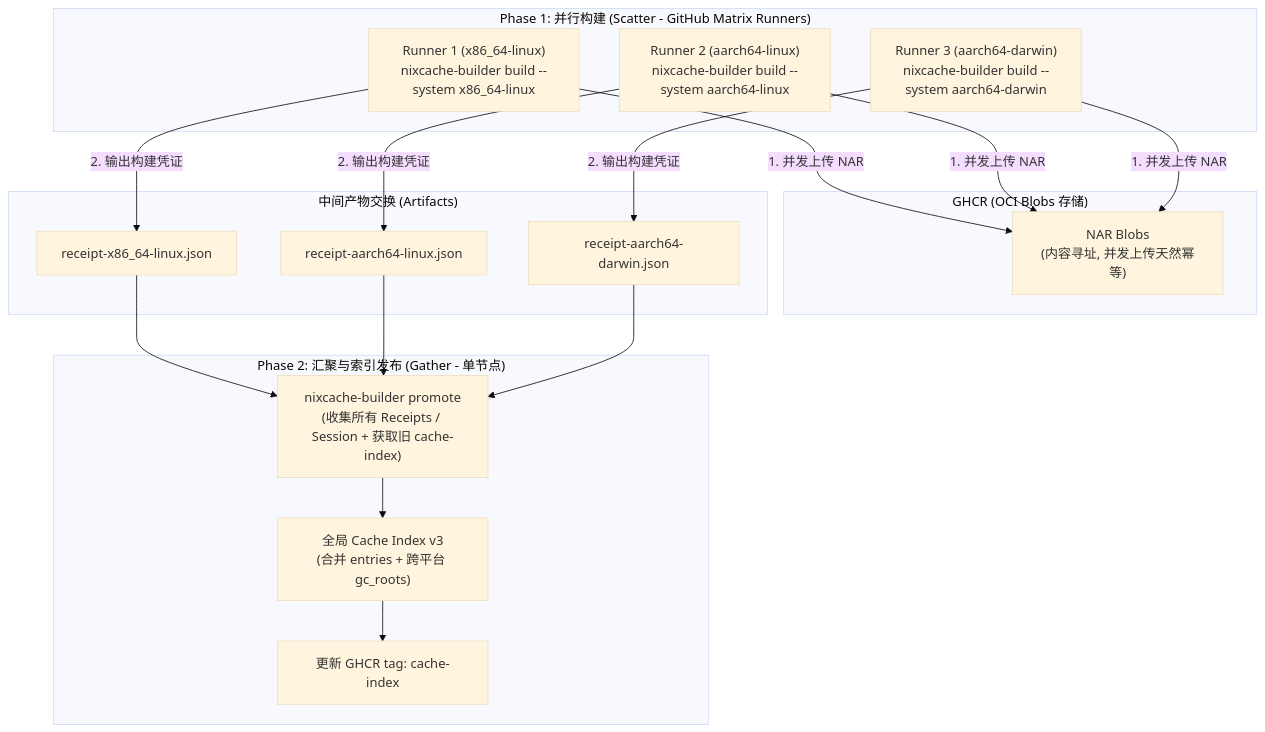
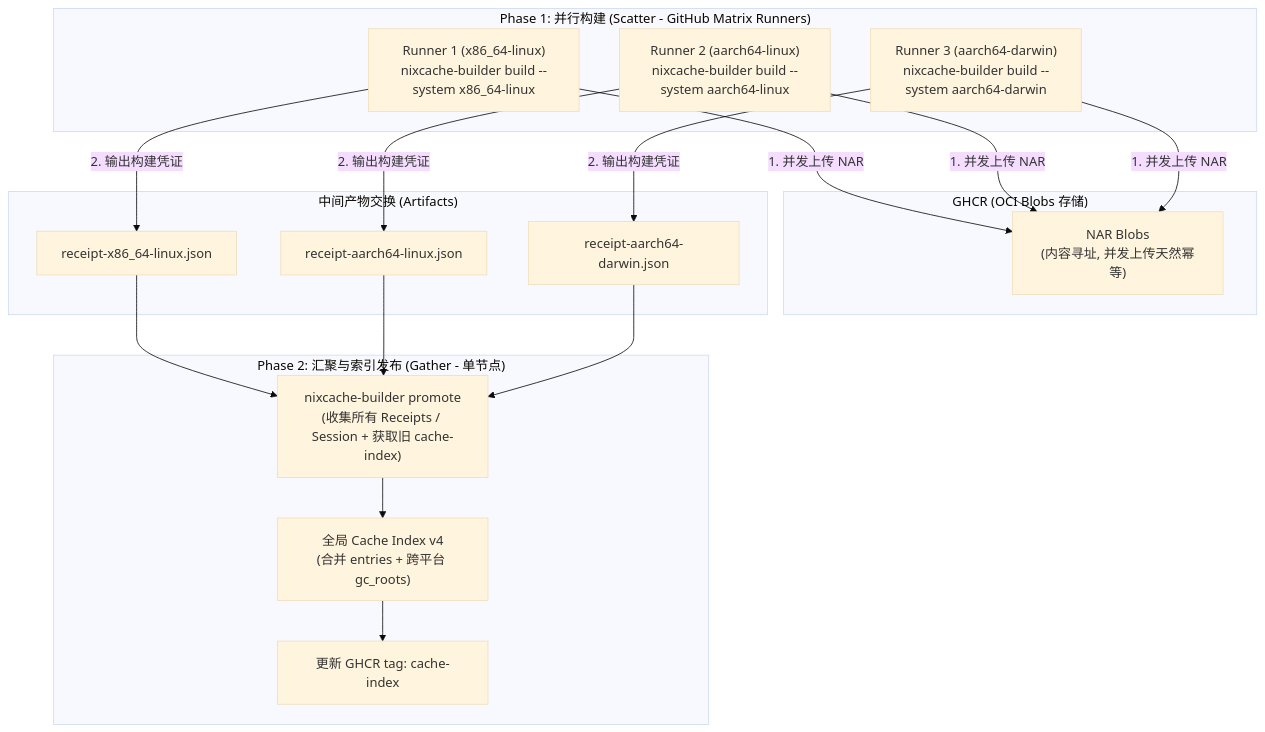
Before and after one commit to shaogme/nixcache-oci: the second of 3 diagrams in README.md, drawn with Mermaid (base theme). The commit also changed other lines of this file and 28 other files, not shown here.

````diff
--- a/README.md
+++ b/README.md
@@ -932,39 +940,39 @@
 ```mermaid
 flowchart TD
     subgraph Matrix ["Phase 1: 并行构建 (Scatter - GitHub Matrix Runners)"]
         RunnerA["Runner 1 (x86_64-linux)<br>nixcache-builder build --system x86_64-linux"]
         RunnerB["Runner 2 (aarch64-linux)<br>nixcache-builder build --system aarch64-linux"]
         RunnerC["Runner 3 (aarch64-darwin)<br>nixcache-builder build --system aarch64-darwin"]
     end
 
     subgraph OCI_Blobs ["GHCR (OCI Blobs 存储)"]
         BlobStorage["NAR Blobs<br>(内容寻址, 并发上传天然幂等)"]
     end
 
     subgraph Receipts ["中间产物交换 (Artifacts)"]
         ReceiptA["receipt-x86_64-linux.json"]
         ReceiptB["receipt-aarch64-linux.json"]
         ReceiptC["receipt-aarch64-darwin.json"]
     end
 
     subgraph Gather ["Phase 2: 汇聚与索引发布 (Gather - 单节点)"]
         Merger["nixcache-builder promote<br>(收集所有 Receipts / Session + 获取旧 cache-index)"]
-        MergedIndex["全局 Cache Index v3<br>(合并 entries + 跨平台 gc_roots)"]
+        MergedIndex["全局 Cache Index v4<br>(合并 entries + 跨平台 gc_roots)"]
         TagPush["更新 GHCR tag: cache-index"]
     end
 
     RunnerA -->|1. 并发上传 NAR| BlobStorage
     RunnerB -->|1. 并发上传 NAR| BlobStorage
     RunnerC -->|1. 并发上传 NAR| BlobStorage
 
     RunnerA -->|2. 输出构建凭证| ReceiptA
     RunnerB -->|2. 输出构建凭证| ReceiptB
     RunnerC -->|2. 输出构建凭证| ReceiptC
 
     ReceiptA --> Merger
     ReceiptB --> Merger
     ReceiptC --> Merger
 
     Merger --> MergedIndex
     MergedIndex --> TagPush
 ```
````
